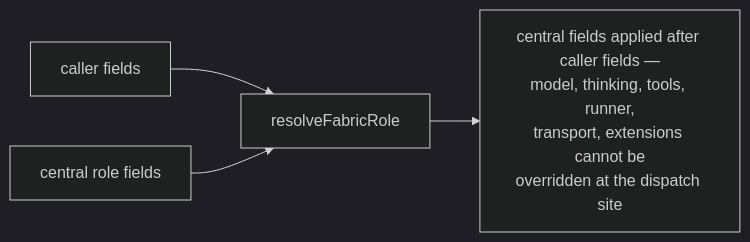
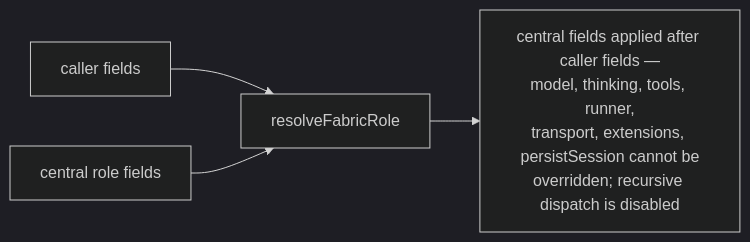
One commit to hazrid93/pi-fabric-role-router changed the fifth of 5 diagrams in docs/architecture.md. Above: the diagram before and after it, drawn with Mermaid (dark theme). The commit also changed other lines of this file and 7 other files, not shown here.

````diff
--- a/docs/architecture.md
+++ b/docs/architecture.md
@@ -118,6 +119,6 @@
 ```mermaid
 flowchart LR
   A["caller fields"] --> B["resolveFabricRole"]
   C["central role fields"] --> B
-  B --> D["central fields applied after caller fields —<br/>model, thinking, tools, runner,<br/>transport, extensions cannot be<br/>overridden at the dispatch site"]
+  B --> D["central fields applied after caller fields —<br/>model, thinking, tools, runner,<br/>transport, extensions, persistSession cannot be<br/>overridden; recursive dispatch is disabled"]
 ```
````
